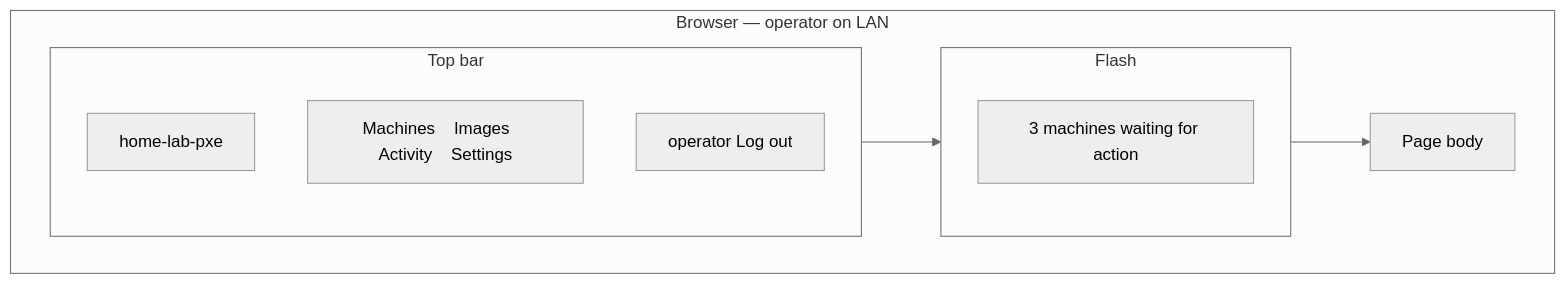
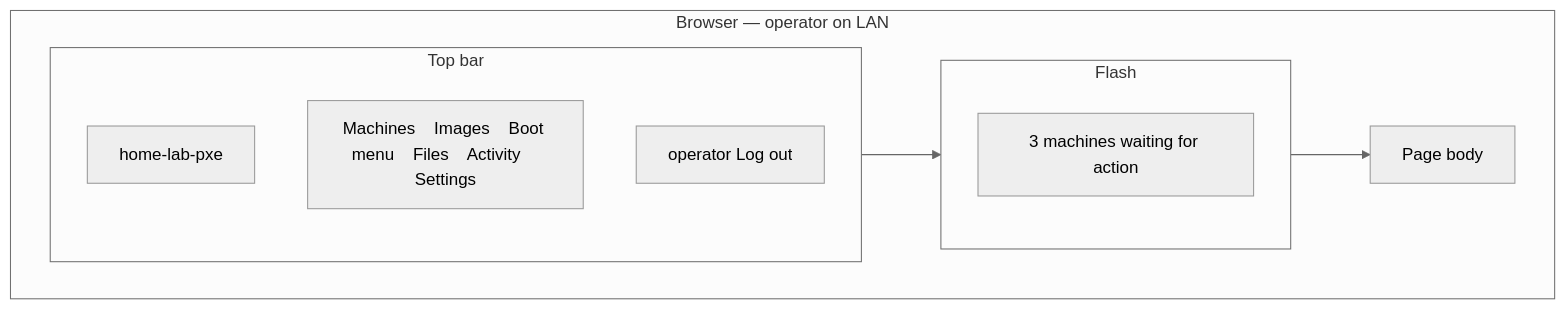
One commit to hometinker12/home-lab-pxe changed diagram 11 of 24 in ARCHITECTURE.md. Above: the diagram before and after it, drawn with Mermaid (neutral theme). The commit also changed other lines of this file and 47 other files, not shown here.

First line of the commit message:
Cut 0.3.2 with install-source catalogs and boot-menu reparent

````diff
--- a/ARCHITECTURE.md
+++ b/ARCHITECTURE.md
@@ -254,15 +254,15 @@
 ```mermaid
 flowchart TB
   subgraph chrome["Browser — operator on LAN"]
     subgraph bar["Top bar"]
       Brand["home-lab-pxe"]
-      Nav["Machines    Images    Activity    Settings"]
+      Nav["Machines    Images    Boot menu    Files    Activity    Settings"]
       User["operator  Log out"]
     end
     subgraph flash["Flash"]
       Msg["3 machines waiting for action"]
     end
     Body["Page body"]
     bar --> flash --> Body
   end
 ```
````
